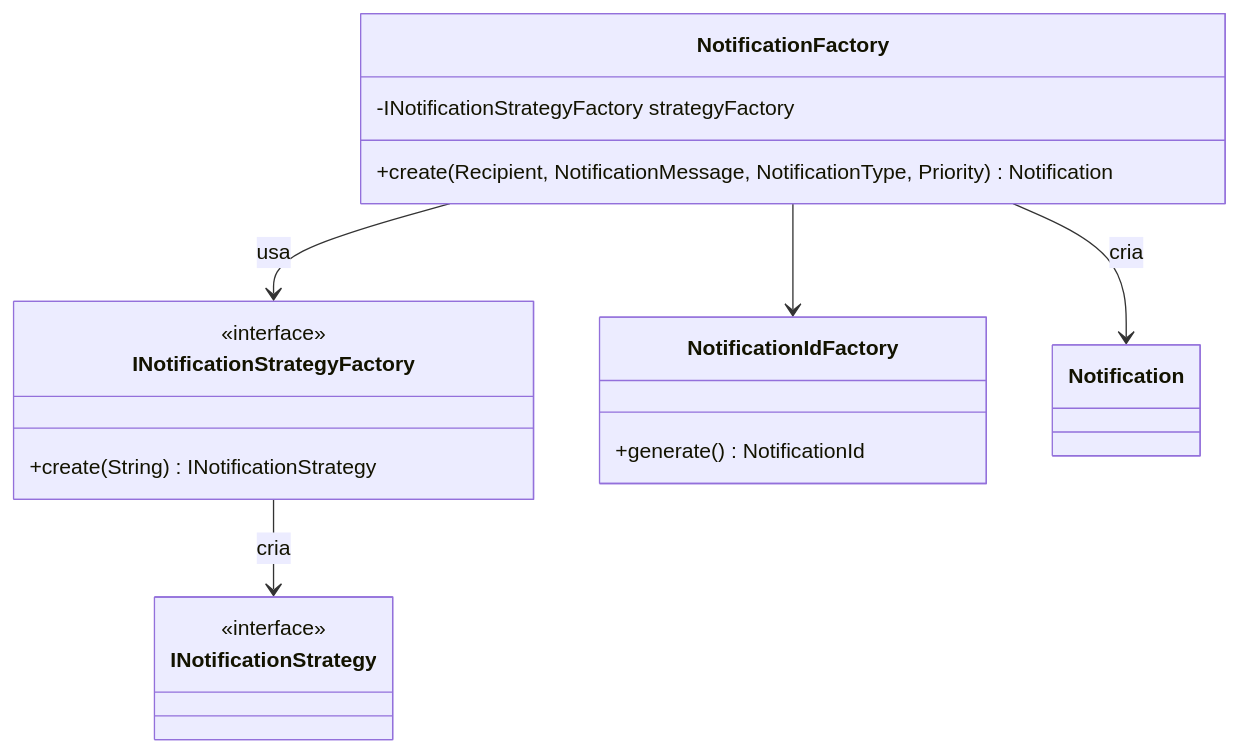
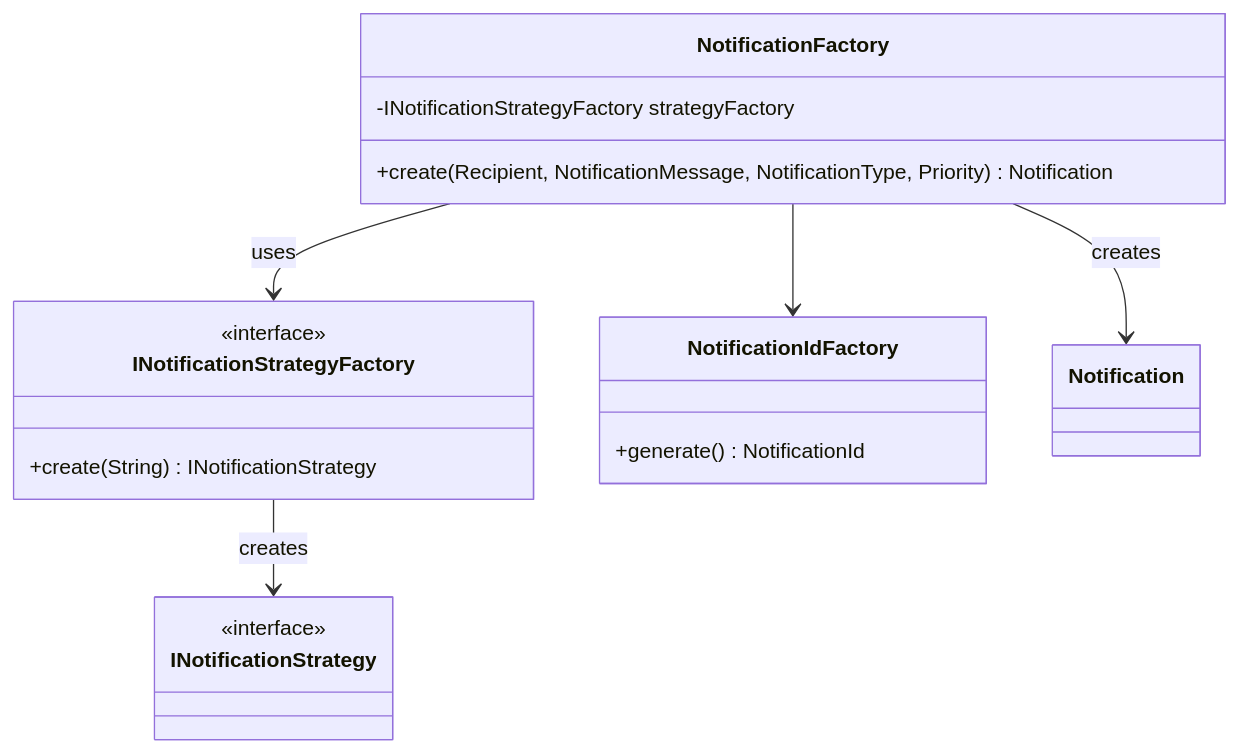
The fourth of 7 diagrams in docs/README.md (Jhonatan-Gutemberg/NotifyHub), drawn with Mermaid before and after one commit. The commit also changed other lines of this file, not shown here.

````diff
--- a/docs/README.md
+++ b/docs/README.md
@@ -152,26 +152,26 @@
 ```mermaid
 classDiagram
     class NotificationFactory {
         -INotificationStrategyFactory strategyFactory
         +create(Recipient, NotificationMessage, NotificationType, Priority) Notification
     }
     
     class INotificationStrategyFactory {
         <<interface>>
         +create(String) INotificationStrategy
     }
     
     class NotificationIdFactory {
         +generate() NotificationId
     }
     
     class Notification
     class INotificationStrategy {
         <<interface>>
     }
     
     NotificationFactory --> NotificationIdFactory
-    NotificationFactory --> INotificationStrategyFactory : usa
-    NotificationFactory --> Notification : cria
-    INotificationStrategyFactory --> INotificationStrategy : cria
+    NotificationFactory --> INotificationStrategyFactory : uses
+    NotificationFactory --> Notification : creates
+    INotificationStrategyFactory --> INotificationStrategy : creates
 ```
````
